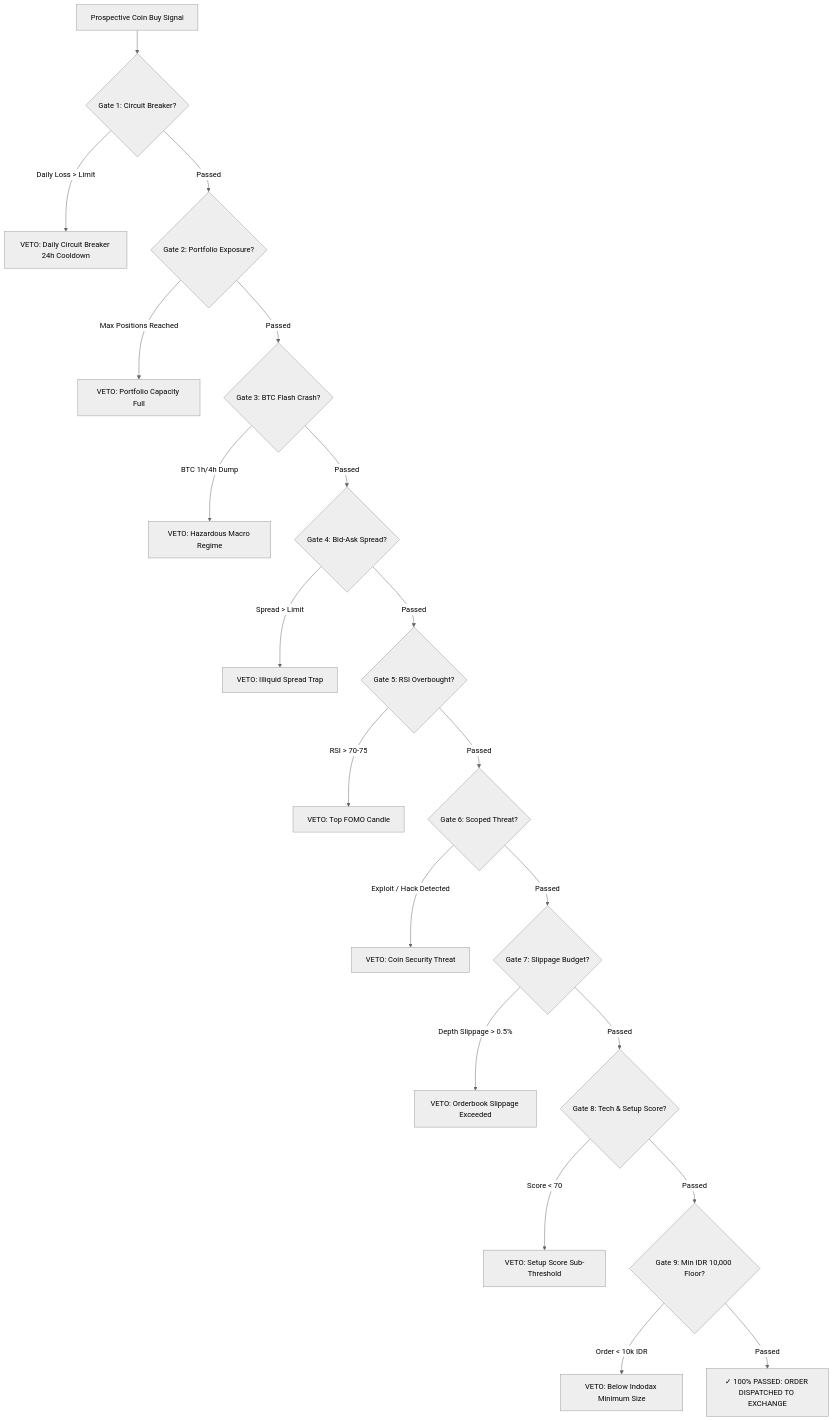
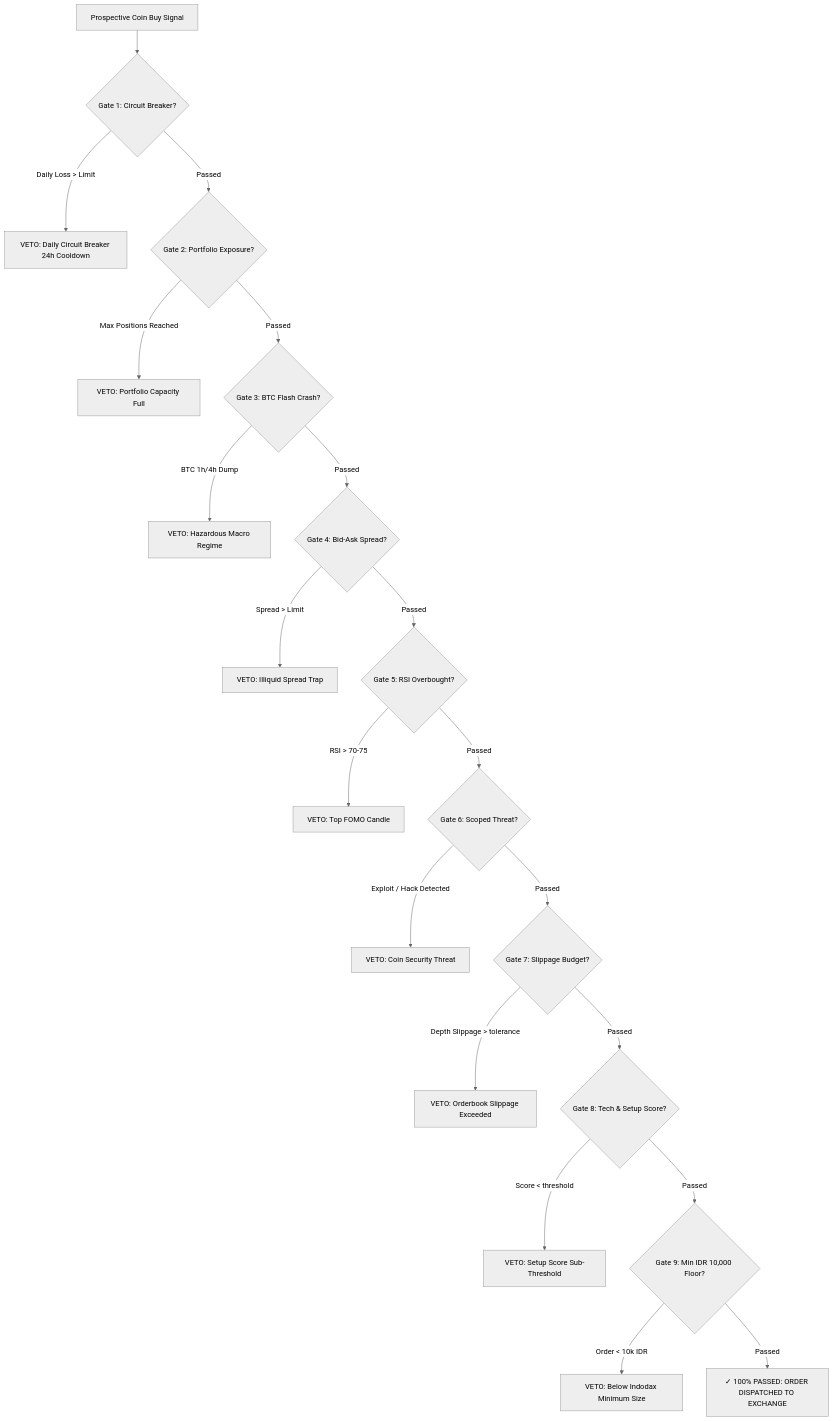
Before and after one commit to 0xFE1C/AI-Trading: the second of 2 diagrams in README.md, drawn with Mermaid (neutral theme). The commit also changed other lines of this file and 69 other files, not shown here.

````diff
--- a/README.md
+++ b/README.md
@@ -202,22 +256,22 @@
 ```mermaid
 graph TD
     Cand[Prospective Coin Buy Signal] --> G1{Gate 1: Circuit Breaker?}
     G1 -- Daily Loss &gt; Limit --> V1[VETO: Daily Circuit Breaker 24h Cooldown]
     G1 -- Passed --> G2{Gate 2: Portfolio Exposure?}
     G2 -- Max Positions Reached --> V2[VETO: Portfolio Capacity Full]
     G2 -- Passed --> G3{Gate 3: BTC Flash Crash?}
     G3 -- BTC 1h/4h Dump --> V3[VETO: Hazardous Macro Regime]
     G3 -- Passed --> G4{Gate 4: Bid-Ask Spread?}
     G4 -- Spread &gt; Limit --> V4[VETO: Illiquid Spread Trap]
     G4 -- Passed --> G5{Gate 5: RSI Overbought?}
     G5 -- RSI &gt; 70-75 --> V5[VETO: Top FOMO Candle]
     G5 -- Passed --> G6{Gate 6: Scoped Threat?}
     G6 -- Exploit / Hack Detected --> V6[VETO: Coin Security Threat]
     G6 -- Passed --> G7{Gate 7: Slippage Budget?}
-    G7 -- Depth Slippage &gt; 0.5% --> V7[VETO: Orderbook Slippage Exceeded]
+    G7 -- Depth Slippage &gt; tolerance --> V7[VETO: Orderbook Slippage Exceeded]
     G7 -- Passed --> G8{Gate 8: Tech & Setup Score?}
-    G8 -- Score &lt; 70 --> V8[VETO: Setup Score Sub-Threshold]
+    G8 -- Score &lt; threshold --> V8[VETO: Setup Score Sub-Threshold]
     G8 -- Passed --> G9{Gate 9: Min IDR 10,000 Floor?}
     G9 -- Order &lt; 10k IDR --> V9[VETO: Below Indodax Minimum Size]
     G9 -- Passed --> ACC[✓ 100% PASSED: ORDER DISPATCHED TO EXCHANGE]
 ```
````
